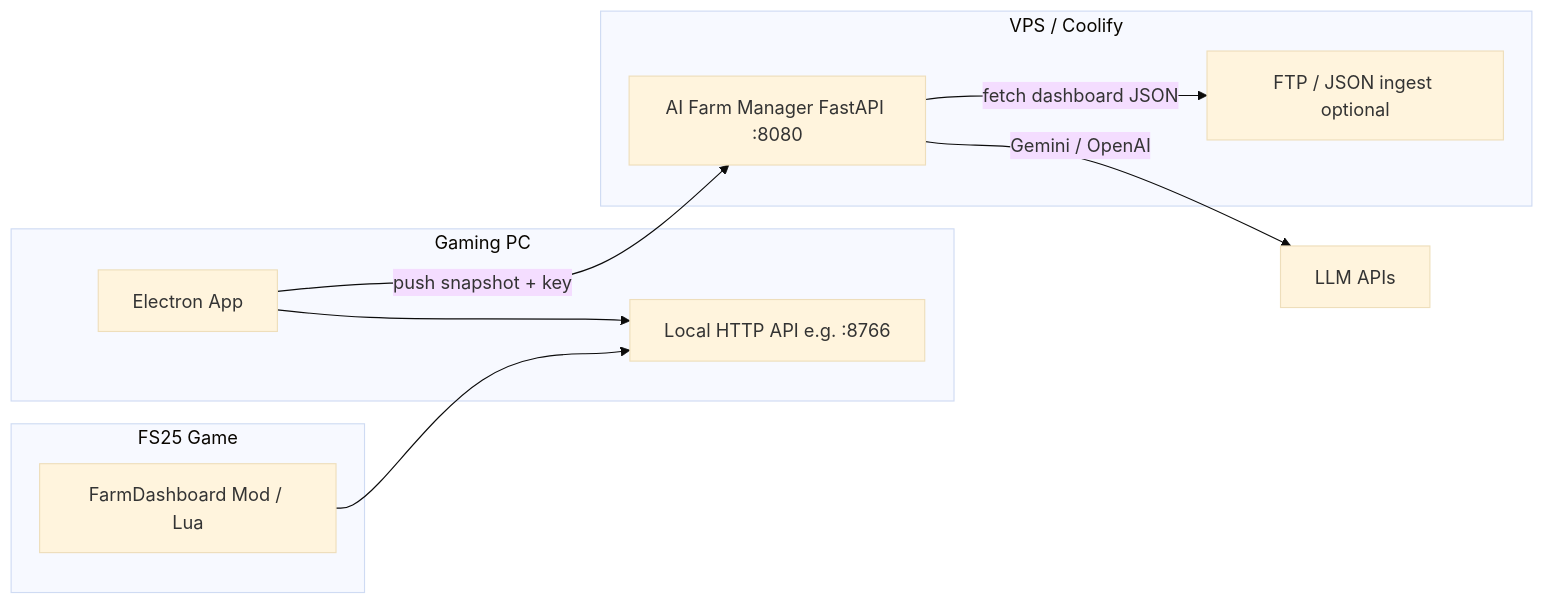
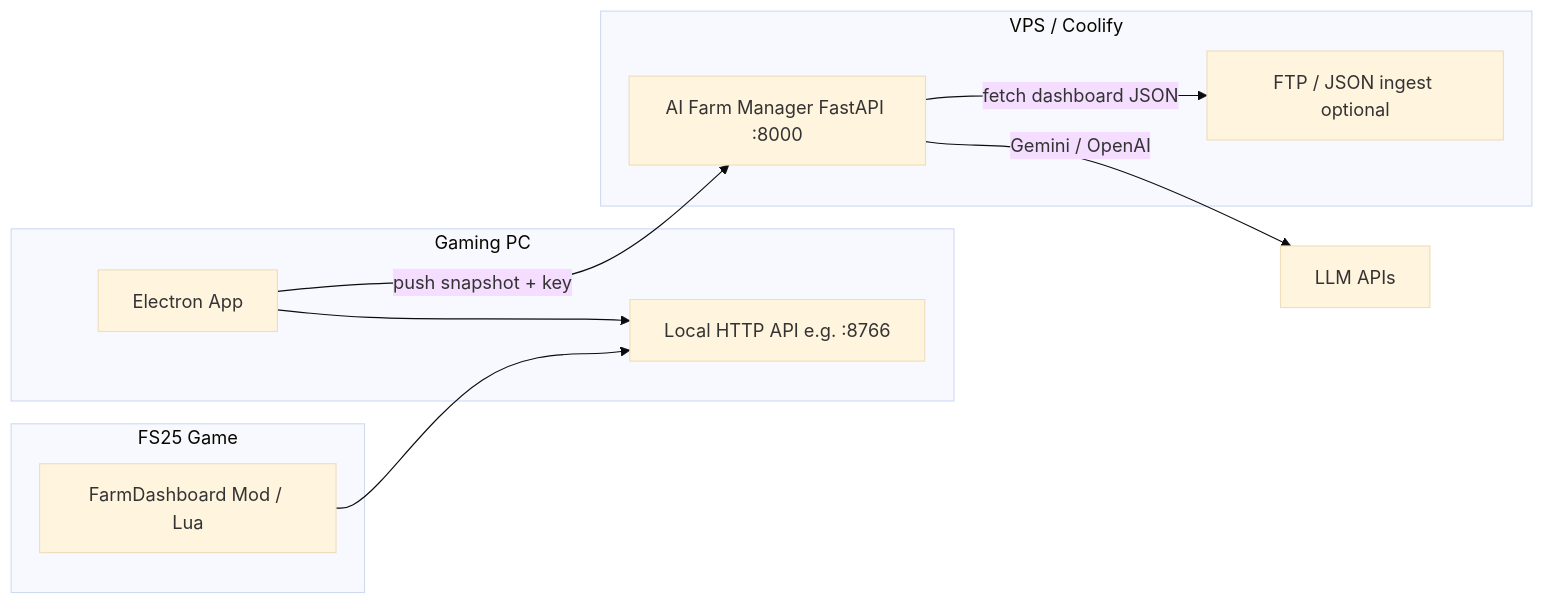
One commit to WizardlyPayload/FarmHub changed the diagram in DEVELOPER_HANDOVER.md. Above: the diagram before and after it, drawn with Mermaid (base theme). The commit also changed other lines of this file and 29 other files, not shown here.

````diff
--- a/DEVELOPER_HANDOVER.md
+++ b/DEVELOPER_HANDOVER.md
@@ -9,19 +24,19 @@
 ```mermaid
 flowchart LR
   subgraph game [FS25 Game]
     Mod[FarmDashboard Mod / Lua]
   end
   subgraph pc [Gaming PC]
     DashHTTP[Local HTTP API e.g. :8766]
     Electron[Electron App]
   end
   subgraph vps [VPS / Coolify]
-    AI[AI Farm Manager FastAPI :8080]
+    AI[AI Farm Manager FastAPI :8000]
     FTP[FTP / JSON ingest optional]
   end
   Mod --> DashHTTP
   Electron --> DashHTTP
   Electron -->|push snapshot + key| AI
   AI -->|fetch dashboard JSON| FTP
   AI -->|Gemini / OpenAI| LLM[LLM APIs]
 ```
````
